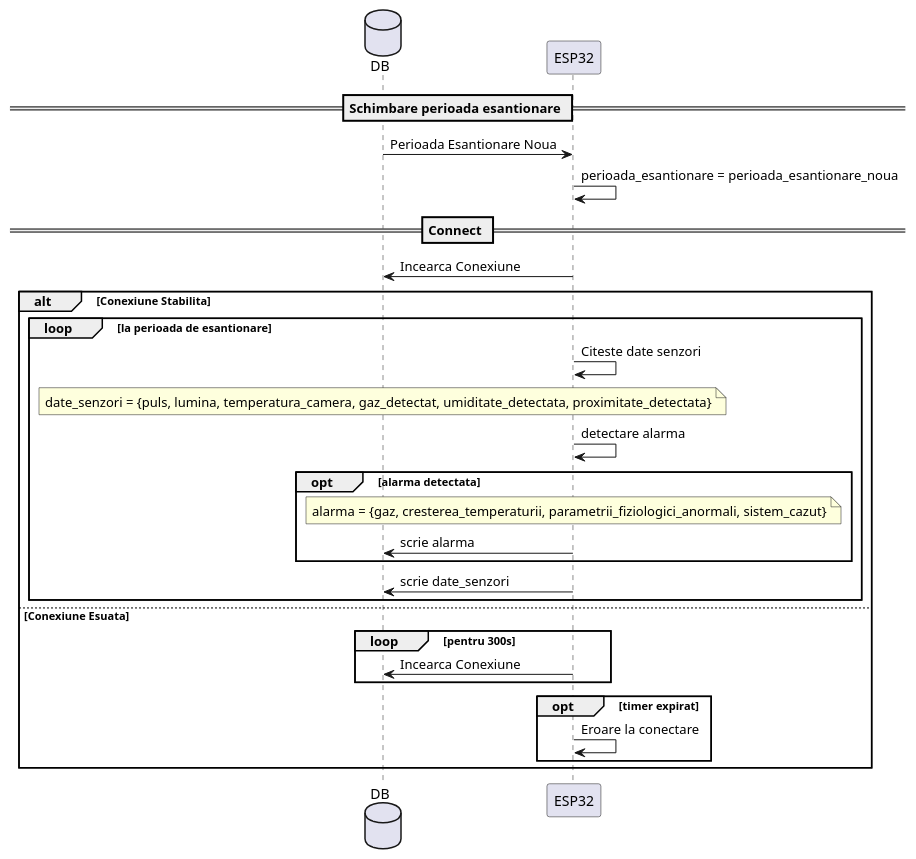
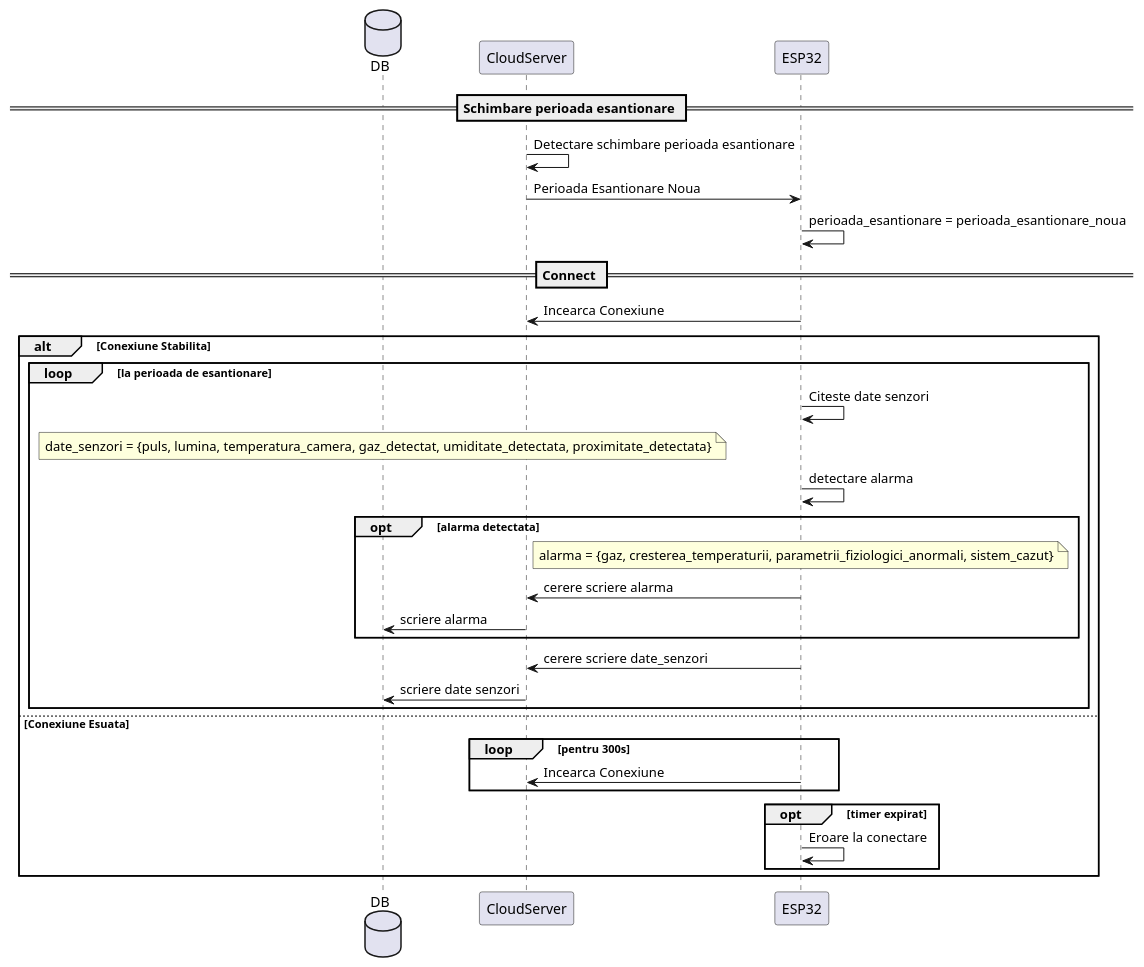
One commit to BVasi/ProiectIP changed the diagram in Sequence_DG/ESP32/ESP32.plantuml. Above: the diagram before and after it, drawn with PlantUML. The commit also changed 7 other files, not shown here.

Commit message:
Added Sequence Diagrams

```diff
--- a/Sequence_DG/ESP32/ESP32.plantuml
+++ b/Sequence_DG/ESP32/ESP32.plantuml
@@ -1,35 +1,39 @@
 @startuml ESP32Seq
 
 database DB
+participant CloudServer
 participant ESP32
 
 == Schimbare perioada esantionare ==
-DB -> ESP32: Perioada Esantionare Noua
+CloudServer -> CloudServer: Detectare schimbare perioada esantionare
+CloudServer -> ESP32: Perioada Esantionare Noua
 ESP32 -> ESP32: perioada_esantionare = perioada_esantionare_noua
 == Connect ==
-ESP32 -> DB: Incearca Conexiune
+ESP32 -> CloudServer: Incearca Conexiune
 alt Conexiune Stabilita
     loop la perioada de esantionare
         ESP32 -> ESP32: Citeste date senzori
         note over DB
             date_senzori = {puls, lumina, temperatura_camera, gaz_detectat, umiditate_detectata, proximitate_detectata}
         end note
         ESP32 -> ESP32: detectare alarma
         opt alarma detectata
             note over ESP32
                 alarma = {gaz, cresterea_temperaturii, parametrii_fiziologici_anormali, sistem_cazut}
             end note
-            ESP32 -> DB: scrie alarma
+            ESP32 -> CloudServer: cerere scriere alarma
+            CloudServer -> DB: scriere alarma
         end
-        ESP32 -> DB: scrie date_senzori
+        ESP32 -> CloudServer: cerere scriere date_senzori
+        CloudServer -> DB: scriere date senzori
     end
 else Conexiune Esuata
     loop pentru 300s
-        ESP32 -> DB: Incearca Conexiune
+        ESP32 -> CloudServer: Incearca Conexiune
     end
     opt timer expirat
         ESP32 -> ESP32: Eroare la conectare
     end
 end
 
 @enduml
```
